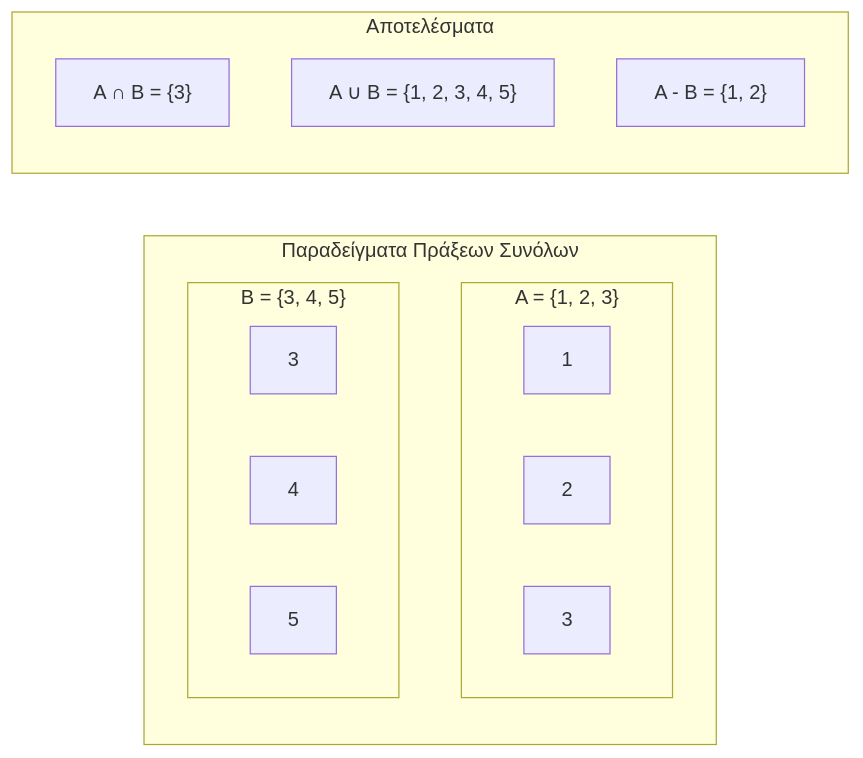
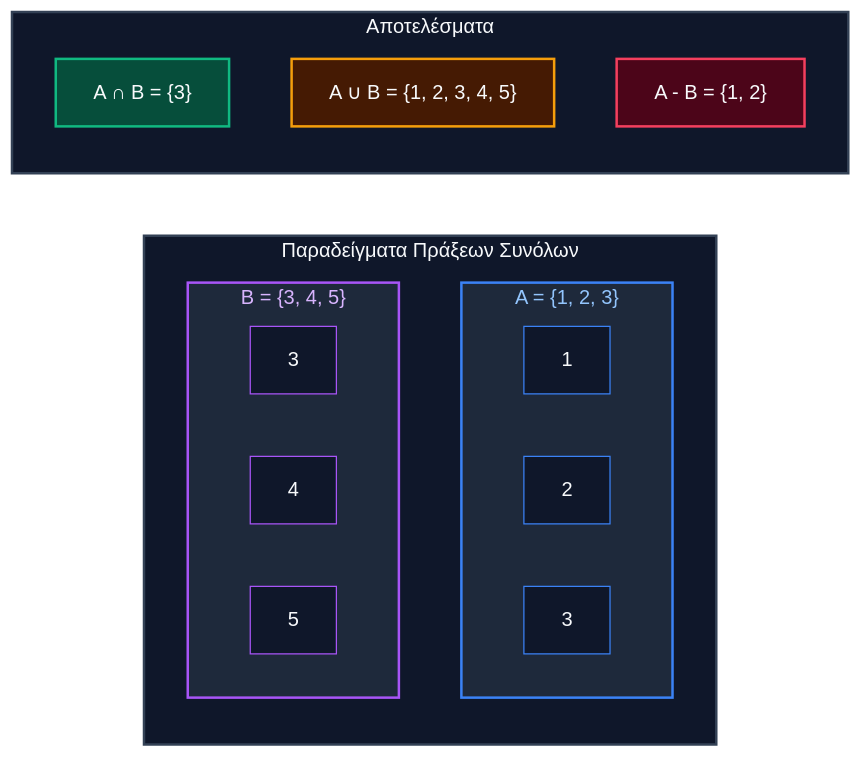
The sixth of 6 diagrams in Year_1/Semester_2/DISCRETE_MATHEMATICS/Resources/Notes/02_set_operations_and_venn.md (PanagopoulosNikolaos/DitOpenNotes), drawn with Mermaid before and after one commit. The commit also changed other lines of this file, not shown here.

Commit message:
docs: update notes on set operations and Venn diagrams

````diff
--- a/Year_1/Semester_2/DISCRETE_MATHEMATICS/Resources/Notes/02_set_operations_and_venn.md
+++ b/Year_1/Semester_2/DISCRETE_MATHEMATICS/Resources/Notes/02_set_operations_and_venn.md
@@ -159,21 +183,35 @@
 ```mermaid
 graph LR
-    subgraph "Παραδείγματα Πράξεων Συνόλων"
-        subgraph "A = {1, 2, 3}"
+    subgraph Summary2 ["Παραδείγματα Πράξεων Συνόλων"]
+        subgraph SetA2 ["A = {1, 2, 3}"]
             A1[1] 
             A2[2]
             A3[3]
         end
-        subgraph "B = {3, 4, 5}"
+        subgraph SetB2 ["B = {3, 4, 5}"]
             B3[3]
             B4[4]
             B5[5]
         end
     end
     
-    subgraph Αποτελέσματα
-        Int["A ∩ B = {3}"]
-        Union["A ∪ B = {1, 2, 3, 4, 5}"]
-        Diff["A - B = {1, 2}"]
+    subgraph Results2 ["Αποτελέσματα"]
+        Int2["A ∩ B = {3}"]
+        Union2["A ∪ B = {1, 2, 3, 4, 5}"]
+        Diff2["A - B = {1, 2}"]
     end
+    
+    style Summary2 fill:#0f172a,stroke:#334155,stroke-width:2px,color:#f8fafc
+    style SetA2 fill:#1e293b,stroke:#3b82f6,stroke-width:2px,color:#93c5fd
+    style SetB2 fill:#1e293b,stroke:#a855f7,stroke-width:2px,color:#d8b4fe
+    style Results2 fill:#0f172a,stroke:#334155,stroke-width:2px,color:#f8fafc
+    style A1 fill:#0f172a,stroke:#3b82f6,color:#f8fafc
+    style A2 fill:#0f172a,stroke:#3b82f6,color:#f8fafc
+    style A3 fill:#0f172a,stroke:#3b82f6,color:#f8fafc
+    style B3 fill:#0f172a,stroke:#a855f7,color:#f8fafc
+    style B4 fill:#0f172a,stroke:#a855f7,color:#f8fafc
+    style B5 fill:#0f172a,stroke:#a855f7,color:#f8fafc
+    style Int2 fill:#064e3b,stroke:#10b981,stroke-width:2px,color:#f8fafc
+    style Union2 fill:#451a03,stroke:#f59e0b,stroke-width:2px,color:#f8fafc
+    style Diff2 fill:#4c0519,stroke:#f43f5e,stroke-width:2px,color:#f8fafc
 ```
````
